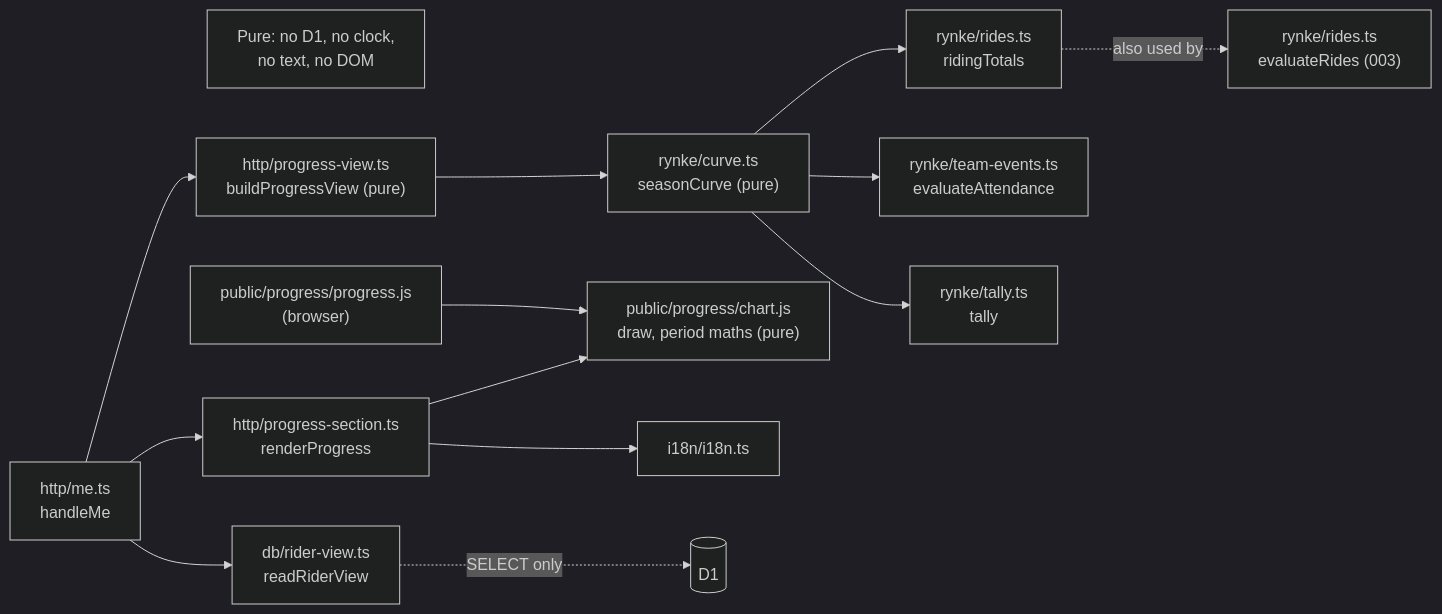
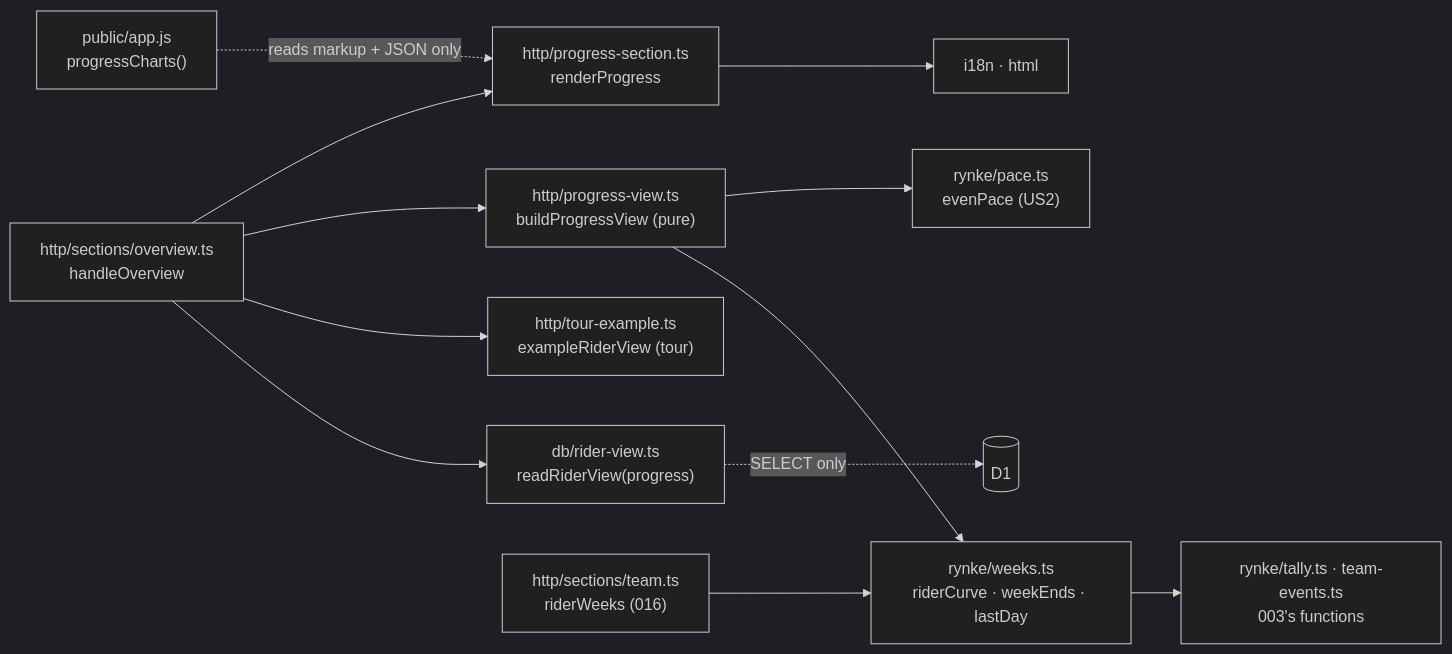
One commit to SaSteffen/RynkePoints changed the first of 6 diagrams in specs/009-rider-progress-charts/plan.md. Above: the diagram before and after it, drawn with Mermaid (dark theme). The commit also changed other lines of this file and 9 other files, not shown here.

Commit message:
docs: re-plan 009 progress charts against the current app

````diff
--- a/specs/009-rider-progress-charts/plan.md
+++ b/specs/009-rider-progress-charts/plan.md
@@ -189,16 +193,14 @@
 ```mermaid
 flowchart LR
-    me["http/me.ts<br/>handleMe"] --> read["db/rider-view.ts<br/>readRiderView"]
-    me --> pview["http/progress-view.ts<br/>buildProgressView (pure)"]
-    me --> psec["http/progress-section.ts<br/>renderProgress"]
-    pview --> curve["rynke/curve.ts<br/>seasonCurve (pure)"]
-    curve --> rides["rynke/rides.ts<br/>ridingTotals"]
-    curve --> te["rynke/team-events.ts<br/>evaluateAttendance"]
-    curve --> tally["rynke/tally.ts<br/>tally"]
-    rides -. "also used by" .-> eval["rynke/rides.ts<br/>evaluateRides (003)"]
-    psec --> chart["public/progress/chart.js<br/>draw, period maths (pure)"]
-    psec --> i18n["i18n/i18n.ts"]
-    browser["public/progress/progress.js<br/>(browser)"] --> chart
+    ov["http/sections/overview.ts<br/>handleOverview"] --> read["db/rider-view.ts<br/>readRiderView(progress)"]
+    ov --> ex["http/tour-example.ts<br/>exampleRiderView (tour)"]
+    ov --> pview["http/progress-view.ts<br/>buildProgressView (pure)"]
+    ov --> psec["http/progress-section.ts<br/>renderProgress"]
+    pview --> weeks["rynke/weeks.ts<br/>riderCurve · weekEnds · lastDay"]
+    pview --> pace["rynke/pace.ts<br/>evenPace (US2)"]
+    weeks --> tally["rynke/tally.ts · team-events.ts<br/>003's functions"]
+    team["http/sections/team.ts<br/>riderWeeks (016)"] --> weeks
+    psec --> i18n["i18n · html"]
+    app["public/app.js<br/>progressCharts()"] -. "reads markup + JSON only" .-> psec
     read -. "SELECT only" .-> d1[("D1")]
-    pure["Pure: no D1, no clock,<br/>no text, no DOM"] ~~~ curve
 ```
````
